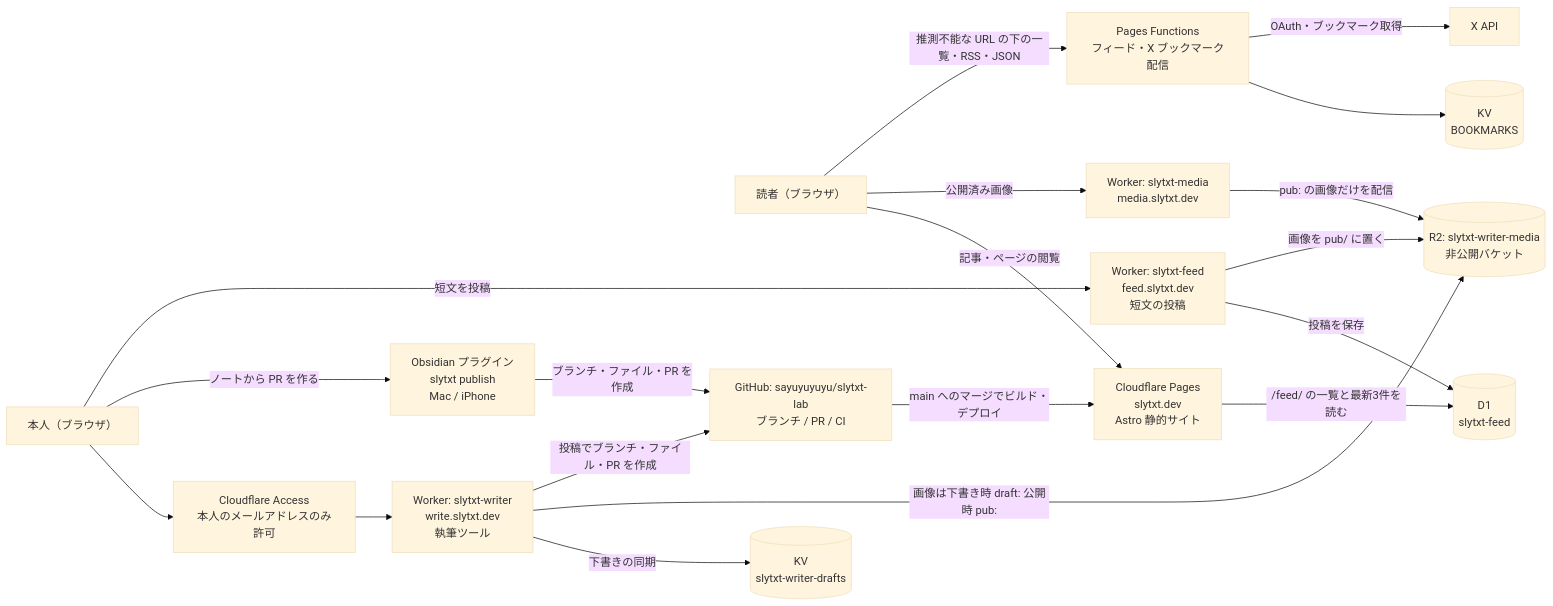
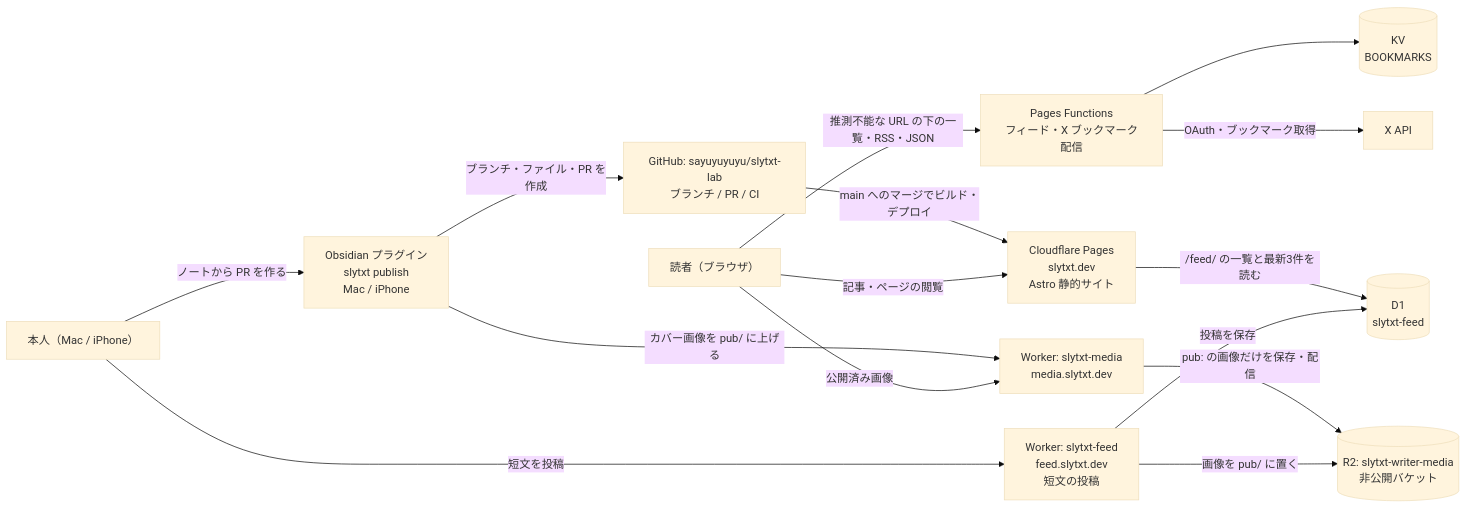
One commit to sayuyuyuyu/slytxt-lab changed the diagram in docs/diagrams/overview.mmd. Above: the diagram before and after it, drawn with Mermaid (base theme). The commit also changed 56 other files, not shown here.

First line of the commit message:
chore: writer（write.slytxt.dev）を撤去する (#893) (#894)

```diff
--- a/docs/diagrams/overview.mmd
+++ b/docs/diagrams/overview.mmd
@@ -1,34 +1,28 @@
 flowchart LR
   reader["読者（ブラウザ）"]
-  author["本人（ブラウザ）"]
-  access["Cloudflare Access<br/>本人のメールアドレスのみ許可"]
+  author["本人（Mac / iPhone）"]
   pages["Cloudflare Pages<br/>slytxt.dev<br/>Astro 静的サイト"]
   functions["Pages Functions<br/>フィード・X ブックマーク配信"]
   bmKv[("KV<br/>BOOKMARKS")]
   xapi["X API"]
-  writer["Worker: slytxt-writer<br/>write.slytxt.dev<br/>執筆ツール"]
   feedWorker["Worker: slytxt-feed<br/>feed.slytxt.dev<br/>短文の投稿"]
   obsidian["Obsidian プラグイン<br/>slytxt publish<br/>Mac / iPhone"]
-  draftsKv[("KV<br/>slytxt-writer-drafts")]
   feedD1[("D1<br/>slytxt-feed")]
   r2[("R2: slytxt-writer-media<br/>非公開バケット")]
   media["Worker: slytxt-media<br/>media.slytxt.dev"]
   github["GitHub: sayuyuyuyu/slytxt-lab<br/>ブランチ / PR / CI"]
 
   reader -->|記事・ページの閲覧| pages
   reader -->|公開済み画像| media
   reader -->|推測不能な URL の下の一覧・RSS・JSON| functions
   functions --> bmKv
   functions -->|OAuth・ブックマーク取得| xapi
-  author --> access --> writer
   author -->|ノートから PR を作る| obsidian
   obsidian -->|ブランチ・ファイル・PR を作成| github
+  obsidian -->|カバー画像を pub/ に上げる| media
   author -->|短文を投稿| feedWorker
   feedWorker -->|投稿を保存| feedD1
   feedWorker -->|画像を pub/ に置く| r2
   pages -->|/feed/ の一覧と最新3件を読む| feedD1
-  writer -->|下書きの同期| draftsKv
-  writer -->|画像は下書き時 draft: 公開時 pub:| r2
-  writer -->|投稿でブランチ・ファイル・PR を作成| github
   github -->|main へのマージでビルド・デプロイ| pages
-  media -->|pub: の画像だけを配信| r2
+  media -->|pub: の画像だけを保存・配信| r2
```
